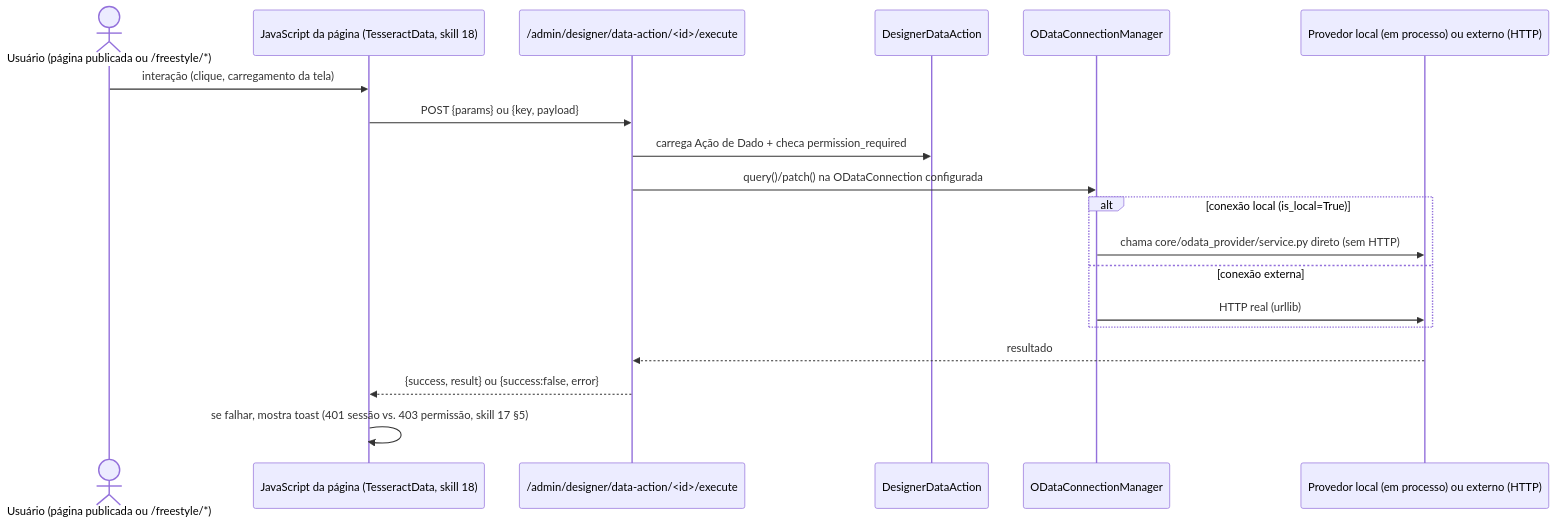
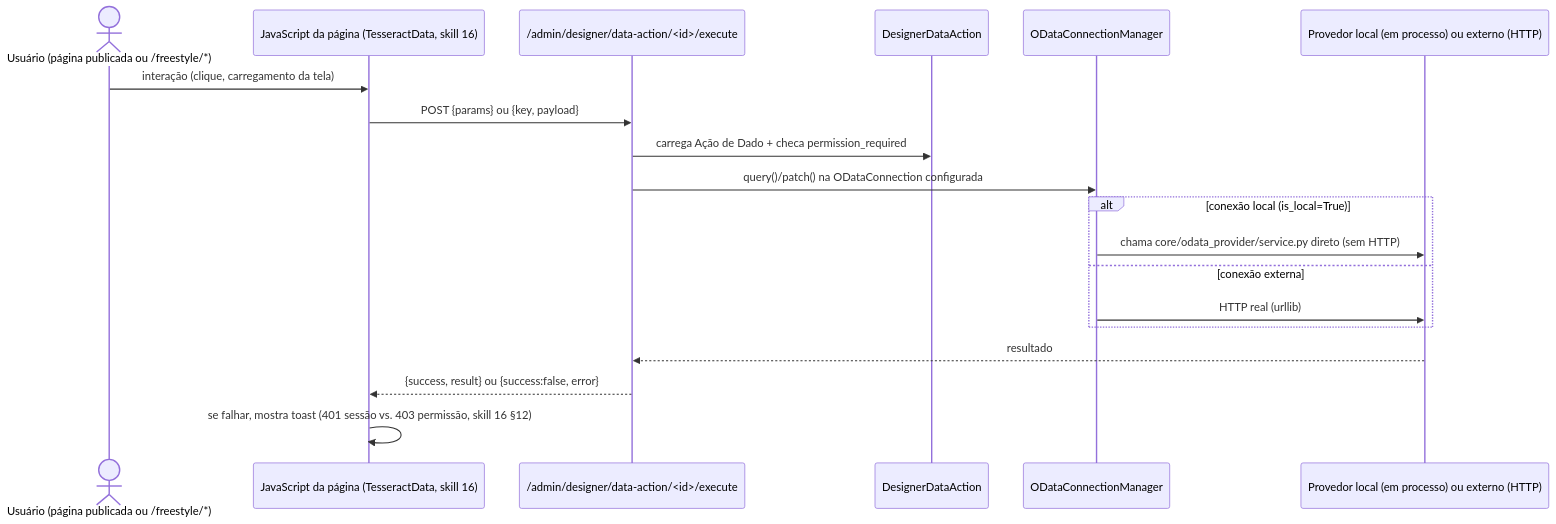
Before and after one commit to ChristopherNicolasSMM/Tesseract: the sixth of 15 diagrams in docs/technical/03-fluxos.md, drawn with Mermaid. The commit also changed other lines of this file and 15 other files, not shown here.

````diff
--- a/docs/technical/03-fluxos.md
+++ b/docs/technical/03-fluxos.md
@@ -114,22 +114,22 @@
 ```mermaid
 sequenceDiagram
     actor User as Usuário (página publicada ou /freestyle/*)
-    participant JS as JavaScript da página (TesseractData, skill 18)
+    participant JS as JavaScript da página (TesseractData, skill 16)
     participant Server as /admin/designer/data-action/<id>/execute
     participant DA as DesignerDataAction
     participant Mgr as ODataConnectionManager
     participant Data as Provedor local (em processo) ou externo (HTTP)
 
     User->>JS: interação (clique, carregamento da tela)
     JS->>Server: POST {params} ou {key, payload}
     Server->>DA: carrega Ação de Dado + checa permission_required
     Server->>Mgr: query()/patch() na ODataConnection configurada
     alt conexão local (is_local=True)
         Mgr->>Data: chama core/odata_provider/service.py direto (sem HTTP)
     else conexão externa
         Mgr->>Data: HTTP real (urllib)
     end
     Data-->>Server: resultado
     Server-->>JS: {success, result} ou {success:false, error}
-    JS->>JS: se falhar, mostra toast (401 sessão vs. 403 permissão, skill 17 §5)
+    JS->>JS: se falhar, mostra toast (401 sessão vs. 403 permissão, skill 16 §12)
 ```
````
